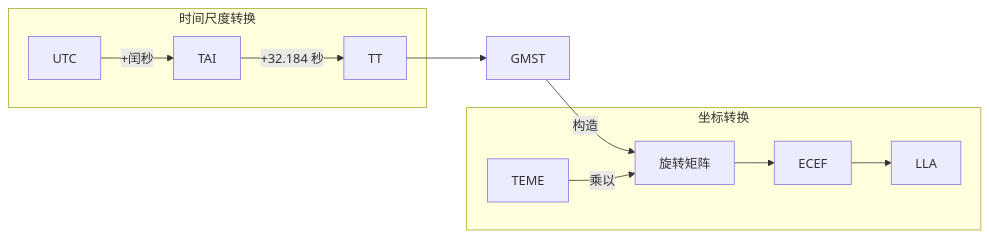
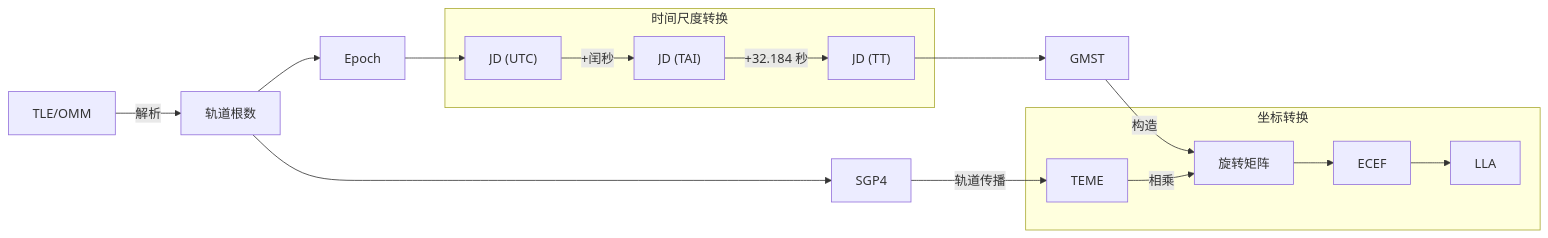
The diagram in docs/TEME_to_LLA.md (ShenMian/tracker), drawn with Mermaid before and after one commit. The commit also changed other lines of this file, not shown here.

First line of the commit message:
docs: update documentation to more accurately reflect the code flow

````diff
--- a/docs/TEME_to_LLA.md
+++ b/docs/TEME_to_LLA.md
@@ -23,16 +23,23 @@
 ```mermaid
 flowchart LR
+    A[TLE/OMM] -->|解析| ELEM[轨道根数]
+    ELEM --> Epoch
+    Epoch --> UTC["JD (UTC)"]
+
     subgraph "时间尺度转换"
-        UTC -->|+闰秒| TAI
-        TAI -->|+32.184 秒| TT
+        UTC -->|+闰秒| TAI["JD (TAI)"]
+        TAI -->|+32.184 秒| TT["JD (TT)"]
     end
 
     TT --> GMST
     GMST -->|构造| R[旋转矩阵]
 
+    ELEM --> SGP4
+    SGP4 -->|轨道传播| TEME
+
     subgraph "坐标转换"
-        TEME -->|乘以| R
+        TEME -->|相乘| R
         R --> ECEF
         ECEF --> LLA
     end
 ```
````
